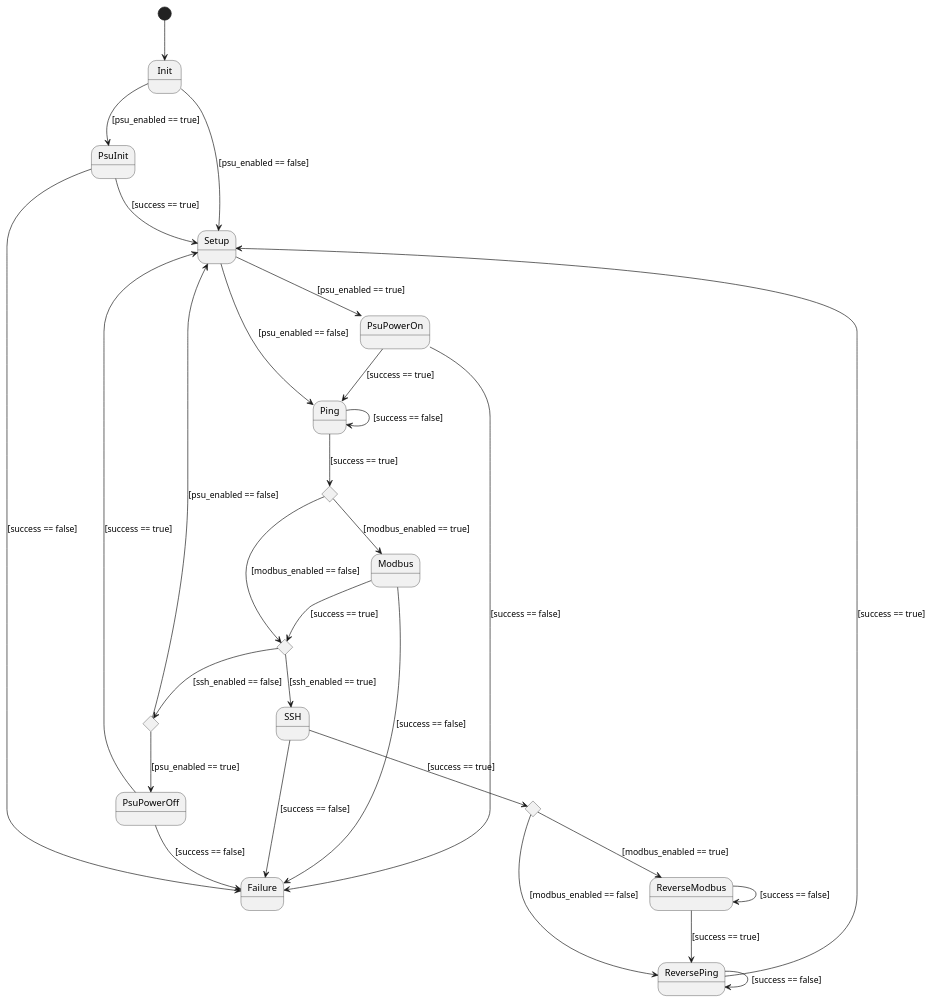
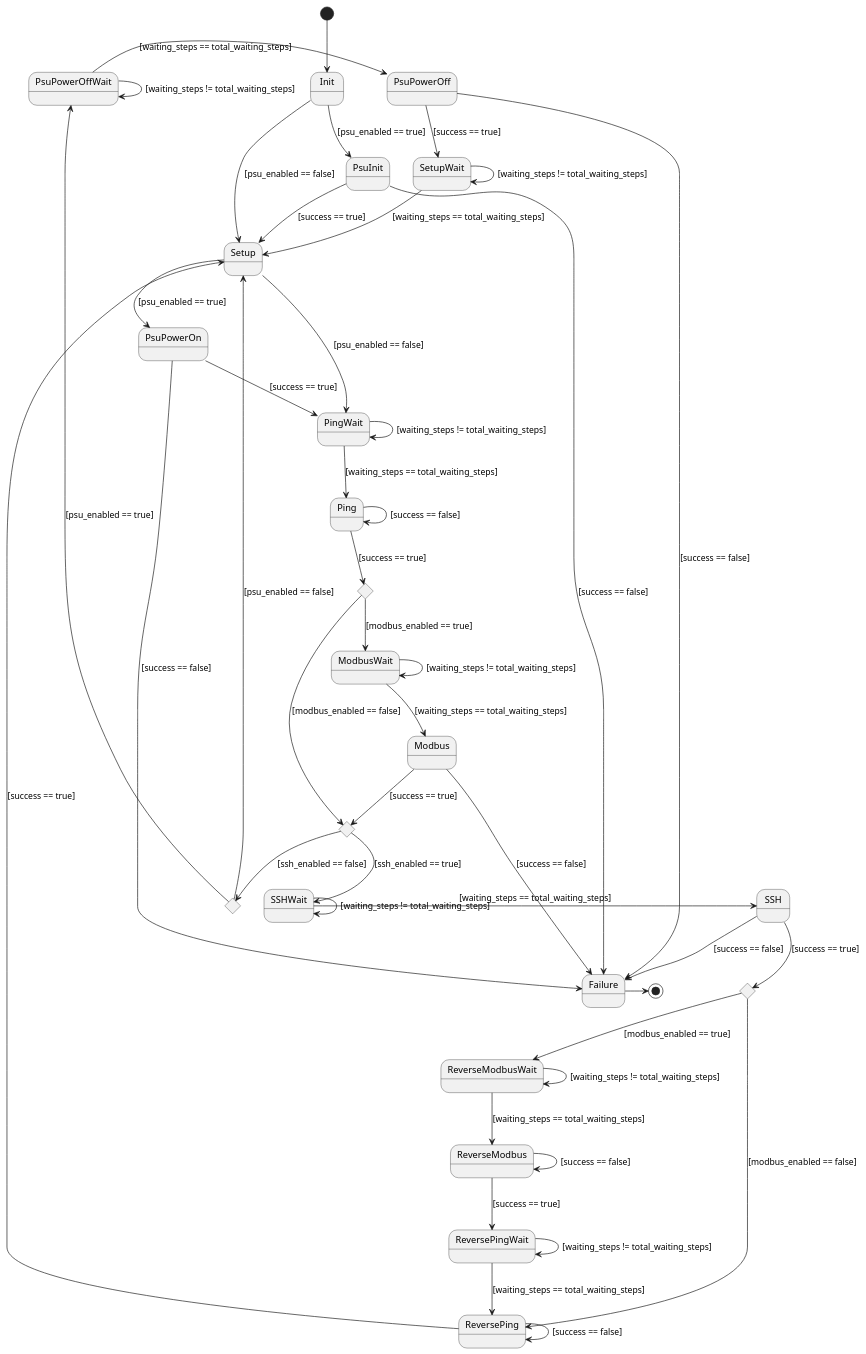
One commit to pixsys-electronics/PowerSupplyCycleTool changed the diagram in assets/state_machine_schema.puml. Above: the diagram before and after it, drawn with PlantUML.

Commit message:
add waiting states to state machine

```diff
--- a/assets/state_machine_schema.puml
+++ b/assets/state_machine_schema.puml
@@ -2,54 +2,77 @@
 @startuml state_machine
 
 [*] --> Init
 
 state PingDecision <<choice>>
 state PingDecision2 <<choice>>
 state PingDecision3 <<choice>>
 state SSHDecision <<choice>>
 
 ' decisions '
-PingDecision --> Modbus : [modbus_enabled == true]
+PingDecision --> ModbusWait : [modbus_enabled == true]
 PingDecision --> PingDecision2 : [modbus_enabled == false]
 
-PingDecision2 --> SSH : [ssh_enabled == true]
+PingDecision2 --> SSHWait : [ssh_enabled == true]
 PingDecision2 --> PingDecision3 : [ssh_enabled == false]
 
-PingDecision3 --> PsuPowerOff : [psu_enabled == true]
+PingDecision3 --> PsuPowerOffWait : [psu_enabled == true]
 PingDecision3 --> Setup : [psu_enabled == false]
 
-SSHDecision --> ReverseModbus : [modbus_enabled == true]
+SSHDecision --> ReverseModbusWait : [modbus_enabled == true]
 SSHDecision --> ReversePing : [modbus_enabled == false]
 
 ' states '
 Init --> PsuInit : [psu_enabled == true]
 Init --> Setup : [psu_enabled == false]
 
 PsuInit --> Setup : [success == true]
 PsuInit --> Failure : [success == false]
 
+SetupWait --> Setup : [waiting_steps == total_waiting_steps]
+SetupWait --> SetupWait : [waiting_steps != total_waiting_steps]
+
 Setup --> PsuPowerOn : [psu_enabled == true]
-Setup --> Ping : [psu_enabled == false]
+Setup --> PingWait : [psu_enabled == false]
 
-PsuPowerOn --> Ping : [success == true]
+PsuPowerOn --> PingWait : [success == true]
 PsuPowerOn --> Failure : [success == false]
 
-PsuPowerOff --> Setup : [success == true]
+PingWait --> Ping : [waiting_steps == total_waiting_steps]
+PingWait --> PingWait : [waiting_steps != total_waiting_steps]
+
+PsuPowerOffWait -> PsuPowerOff : [waiting_steps == total_waiting_steps]
+PsuPowerOffWait -> PsuPowerOffWait : [waiting_steps != total_waiting_steps]
+
+PsuPowerOff --> SetupWait : [success == true]
 PsuPowerOff --> Failure : [success == false]
 
 Ping --> PingDecision : [success == true]
 Ping --> Ping: [success == false]
 
+ModbusWait --> Modbus : [waiting_steps == total_waiting_steps]
+ModbusWait --> ModbusWait : [waiting_steps != total_waiting_steps]
+
 Modbus --> PingDecision2 : [success == true]
 Modbus --> Failure : [success == false]
+
+SSHWait -> SSH : [waiting_steps == total_waiting_steps]
+SSHWait -> SSHWait : [waiting_steps != total_waiting_steps]
 
 SSH --> SSHDecision : [success == true]
 SSH --> Failure : [success == false]
 
+ReverseModbusWait --> ReverseModbus : [waiting_steps == total_waiting_steps]
+ReverseModbusWait --> ReverseModbusWait : [waiting_steps != total_waiting_steps]
+
 ReverseModbus --> ReverseModbus : [success == false]
-ReverseModbus --> ReversePing : [success == true]
+ReverseModbus --> ReversePingWait : [success == true]
+
+ReversePingWait --> ReversePing : [waiting_steps == total_waiting_steps]
+ReversePingWait --> ReversePingWait : [waiting_steps != total_waiting_steps]
 
 ReversePing --> ReversePing : [success == false]
 ReversePing --> Setup : [success == true]
 
+Failure -> [*]
+
 @enduml
```
